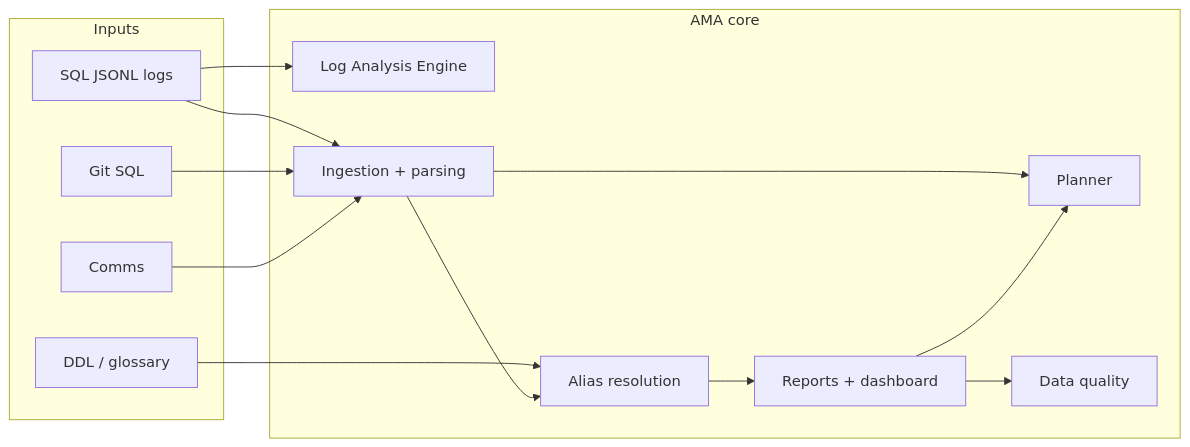
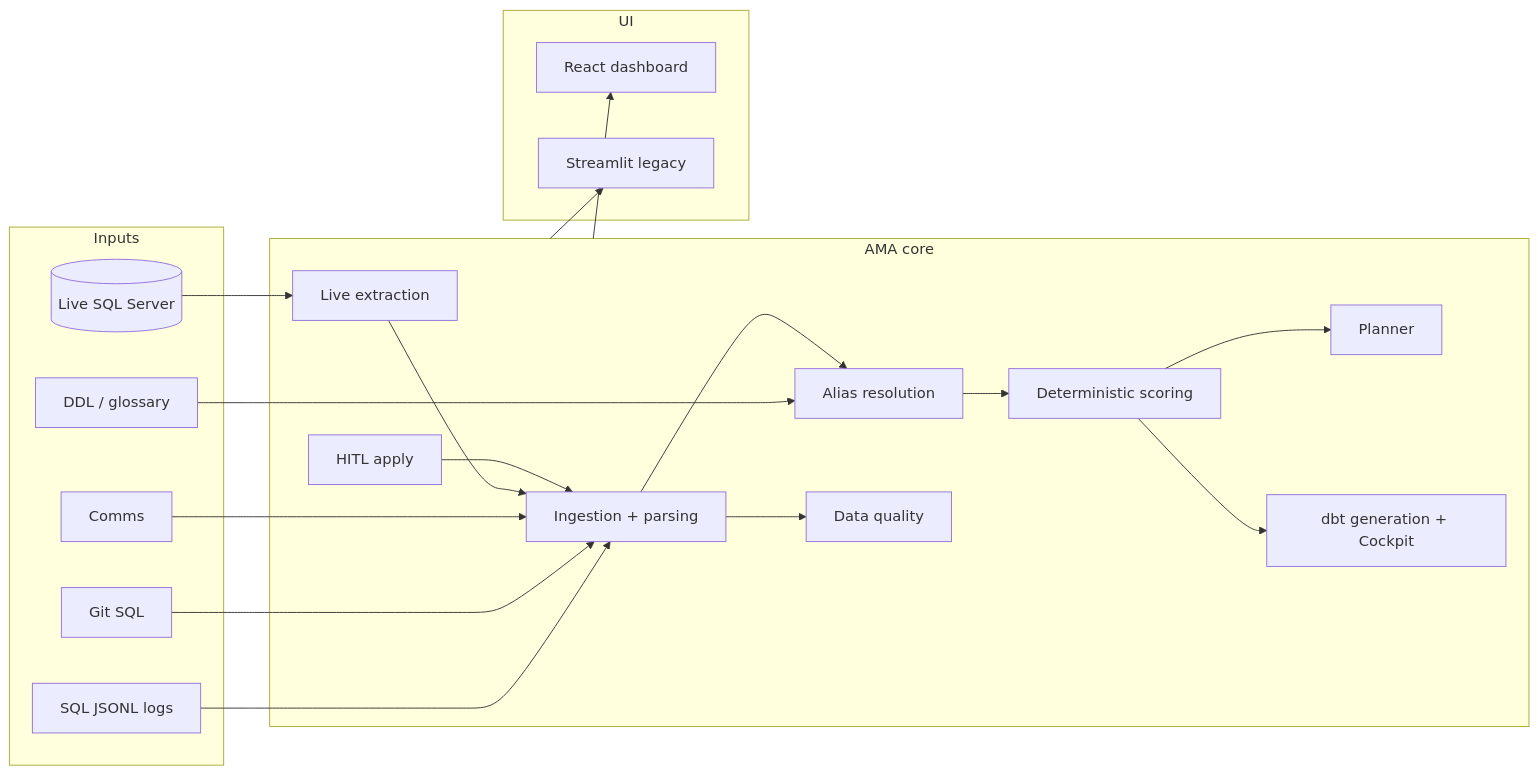
Before and after one commit to matankaisman88/Autonomous-Migration-Architect-AMA: the diagram in USER_GUIDE.md, drawn with Mermaid. The commit also changed other lines of this file and 24 other files, not shown here.

````diff
--- a/USER_GUIDE.md
+++ b/USER_GUIDE.md
@@ -15,27 +490,38 @@
 ```mermaid
 flowchart LR
   subgraph inputs [Inputs]
     L[SQL JSONL logs]
     G[Git SQL]
     C[Comms]
     D[DDL / glossary]
+    DB[(Live SQL Server)]
   end
   subgraph core [AMA core]
-    LA[Log Analysis Engine]
+    LC[Live extraction]
     IN[Ingestion + parsing]
     AR[Alias resolution]
+    SE[Deterministic scoring]
     PL[Planner]
     DQ[Data quality]
-    RP[Reports + dashboard]
+    DBT[dbt generation + Cockpit]
+    HITL[HITL apply]
   end
-  L --> LA
+  subgraph ui [UI]
+    R[React dashboard]
+    S[Streamlit legacy]
+  end
+  DB --> LC
   L --> IN
   G --> IN
   C --> IN
   D --> AR
+  LC --> IN
   IN --> AR
-  AR --> RP
-  IN --> PL
-  RP --> PL
-  RP --> DQ
+  AR --> SE
+  SE --> PL
+  IN --> DQ
+  SE --> DBT
+  HITL --> IN
+  core --> R
+  core --> S
 ```
````
